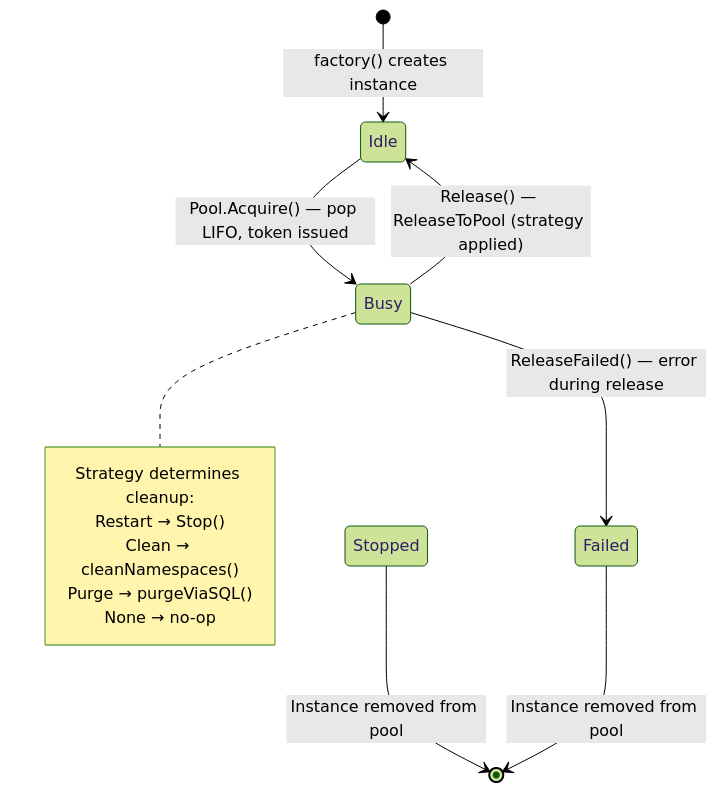
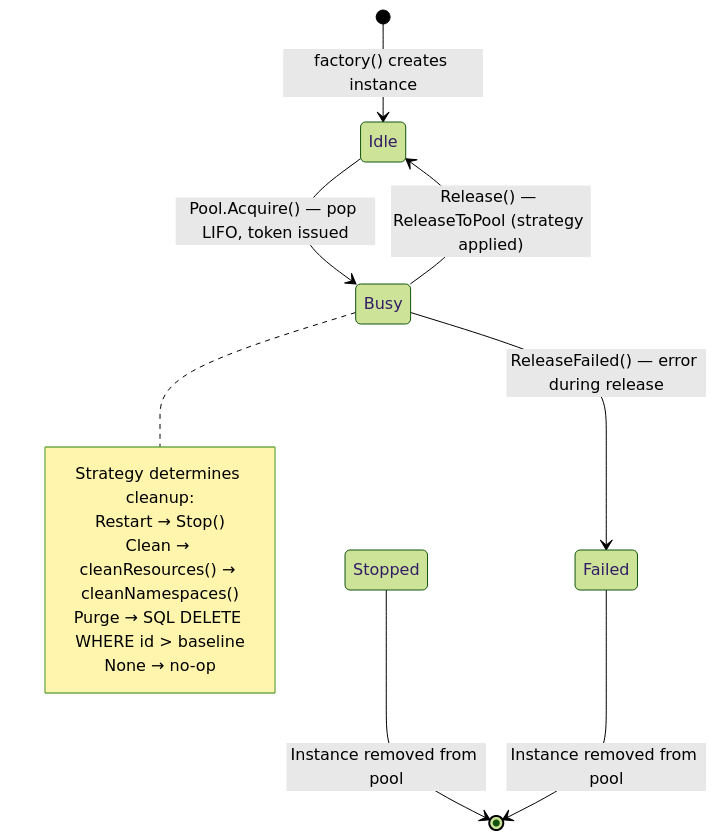
One commit to giantswarm/k8senv changed the fourth of 4 diagrams in docs/CODEBASE_MAP.md. Above: the diagram before and after it, drawn with Mermaid (forest theme). The commit also changed other lines of this file, not shown here.

````diff
--- a/docs/CODEBASE_MAP.md
+++ b/docs/CODEBASE_MAP.md
@@ -692,17 +741,17 @@
 ```mermaid
 stateDiagram-v2
     [*] --> Idle: factory() creates instance
     Idle --> Busy: Pool.Acquire() — pop LIFO, token issued
     Busy --> Idle: Release() — ReleaseToPool (strategy applied)
     Busy --> Failed: ReleaseFailed() — error during release
     Stopped --> [*]: Instance removed from pool
     Failed --> [*]: Instance removed from pool
 
     note right of Busy
         Strategy determines cleanup:
         Restart → Stop()
-        Clean → cleanNamespaces()
-        Purge → purgeViaSQL()
+        Clean → cleanResources() → cleanNamespaces()
+        Purge → SQL DELETE WHERE id > baseline
         None → no-op
     end note
 ```
````
